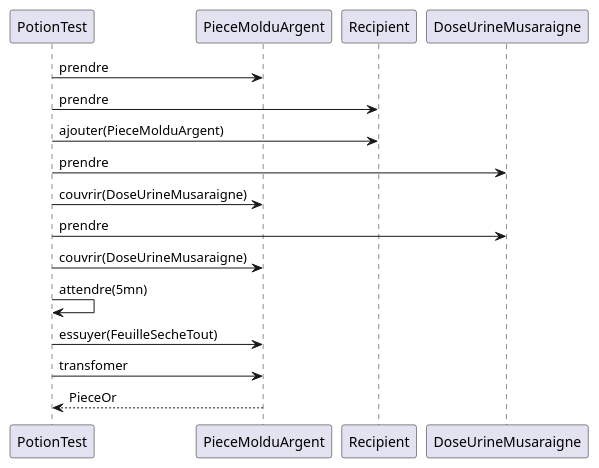
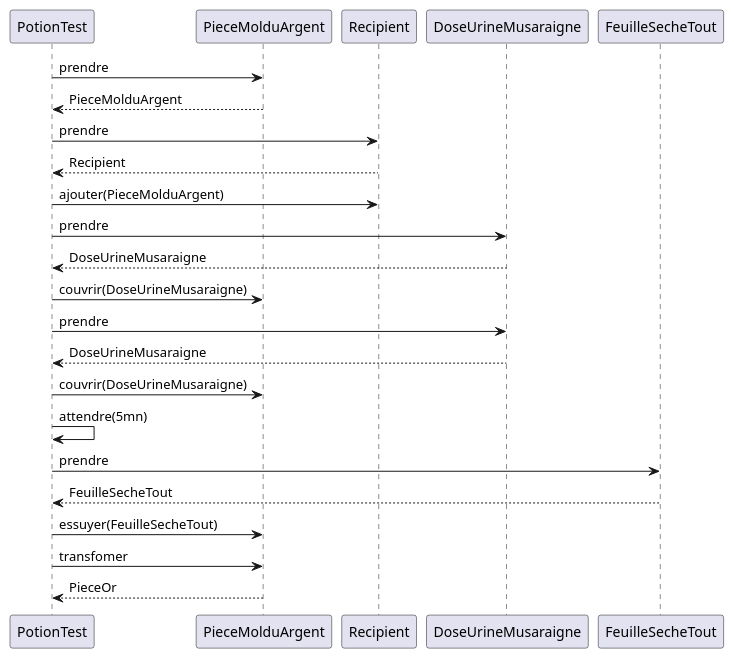
One commit to jandry/design-pattern changed the diagram in src/uml/facadeSequence.puml. Above: the diagram before and after it, drawn with PlantUML. The commit also changed 1 other file, not shown here.

```diff
--- a/src/uml/facadeSequence.puml
+++ b/src/uml/facadeSequence.puml
@@ -1,13 +1,19 @@
 @startuml FacadeSequence
 PotionTest -> PieceMolduArgent: prendre
+PotionTest <-- PieceMolduArgent: PieceMolduArgent
 PotionTest -> Recipient : prendre
+PotionTest <-- Recipient : Recipient
 PotionTest -> Recipient: ajouter(PieceMolduArgent)
 PotionTest -> DoseUrineMusaraigne: prendre
+PotionTest <-- DoseUrineMusaraigne: DoseUrineMusaraigne
 PotionTest -> PieceMolduArgent: couvrir(DoseUrineMusaraigne)
 PotionTest -> DoseUrineMusaraigne: prendre
+PotionTest <-- DoseUrineMusaraigne: DoseUrineMusaraigne
 PotionTest -> PieceMolduArgent: couvrir(DoseUrineMusaraigne)
 PotionTest -> PotionTest: attendre(5mn)
+PotionTest -> FeuilleSecheTout: prendre
+PotionTest <-- FeuilleSecheTout: FeuilleSecheTout
 PotionTest -> PieceMolduArgent: essuyer(FeuilleSecheTout)
 PotionTest -> PieceMolduArgent: transfomer
 PieceMolduArgent --> PotionTest: PieceOr
 @enduml
```
